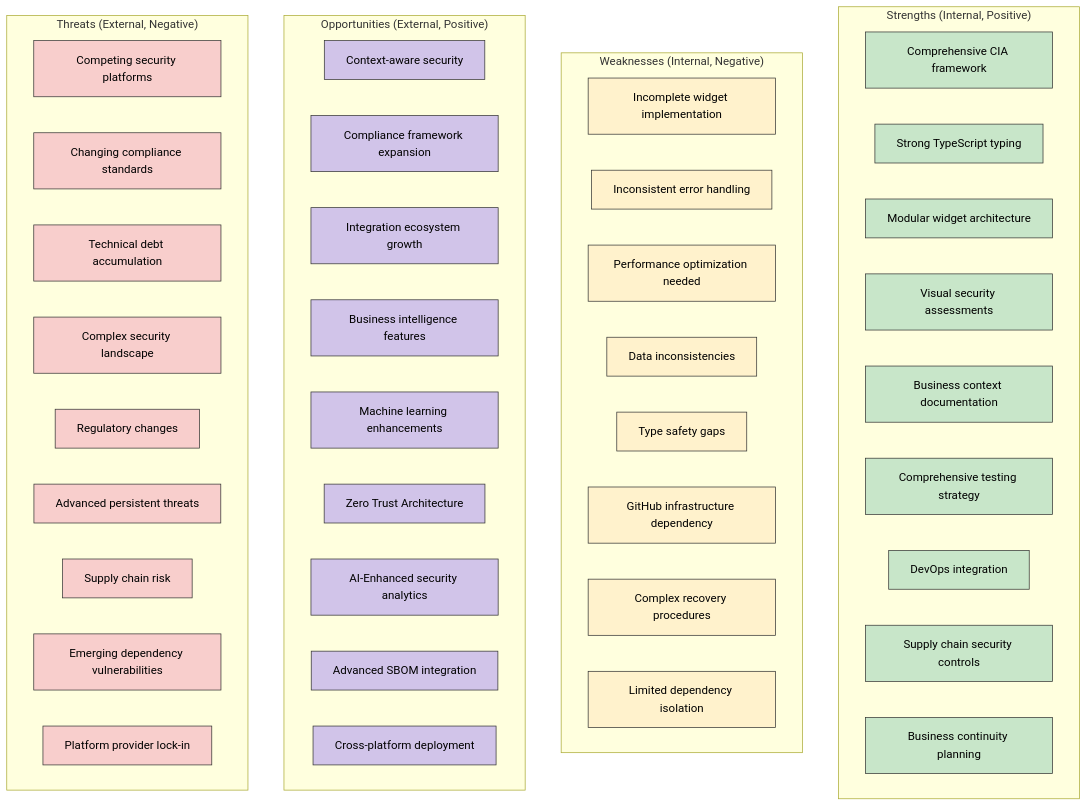
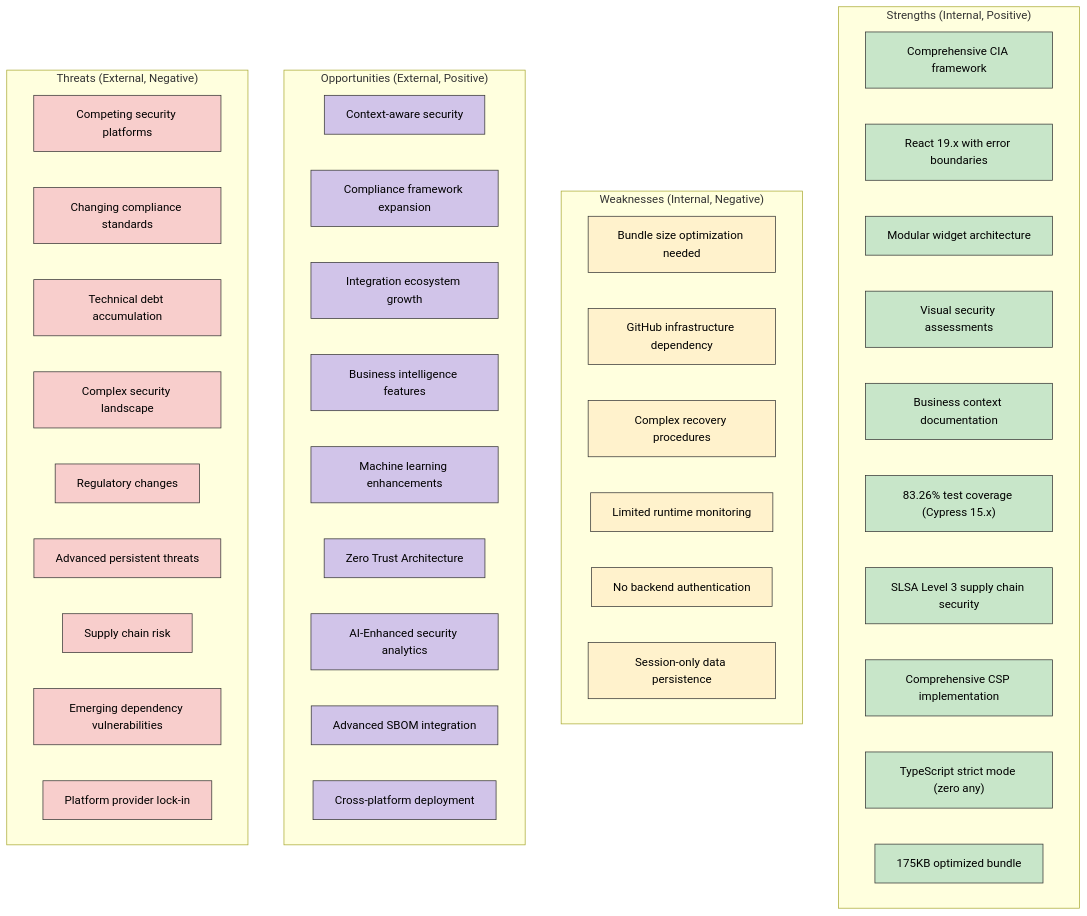
One commit to Hack23/cia-compliance-manager changed the second of 6 diagrams in docs/architecture/SWOT.md. Above: the diagram before and after it, drawn with Mermaid. The commit also changed other lines of this file and 3 other files, not shown here.

First line of the commit message:
docs: Update security documentation for v1.0 with React 19.x, Cypress 15.x, SLSA Level 3, CSP, and strategic analysis (#717)

````diff
--- a/docs/architecture/SWOT.md
+++ b/docs/architecture/SWOT.md
@@ -109,60 +108,59 @@
 ```mermaid
 graph TD
     subgraph "Strengths (Internal, Positive)"
         S1["Comprehensive CIA framework"]
-        S2["Strong TypeScript typing"]
+        S2["React 19.x with error boundaries"]
         S3["Modular widget architecture"]
         S4["Visual security assessments"]
         S5["Business context documentation"]
-        S6["Comprehensive testing strategy"]
-        S7["DevOps integration"]
-        S8["Supply chain security controls"]
-        S9["Business continuity planning"]
+        S6["83.26% test coverage (Cypress 15.x)"]
+        S7["SLSA Level 3 supply chain security"]
+        S8["Comprehensive CSP implementation"]
+        S9["TypeScript strict mode (zero any)"]
+        S10["175KB optimized bundle"]
     end
 
     subgraph "Weaknesses (Internal, Negative)"
-        W1["Incomplete widget implementation"]
-        W2["Inconsistent error handling"]
-        W3["Performance optimization needed"]
-        W4["Data inconsistencies"]
-        W5["Type safety gaps"]
-        W6["GitHub infrastructure dependency"]
-        W7["Complex recovery procedures"]
-        W8["Limited dependency isolation"]
+        W1["Bundle size optimization needed"]
+        W2["GitHub infrastructure dependency"]
+        W3["Complex recovery procedures"]
+        W4["Limited runtime monitoring"]
+        W5["No backend authentication"]
+        W6["Session-only data persistence"]
     end
 
     subgraph "Opportunities (External, Positive)"
         O1["Context-aware security"]
         O2["Compliance framework expansion"]
         O3["Integration ecosystem growth"]
         O4["Business intelligence features"]
         O5["Machine learning enhancements"]
         O6["Zero Trust Architecture"]
         O7["AI-Enhanced security analytics"]
         O8["Advanced SBOM integration"]
         O9["Cross-platform deployment"]
     end
 
     subgraph "Threats (External, Negative)"
         T1["Competing security platforms"]
         T2["Changing compliance standards"]
         T3["Technical debt accumulation"]
         T4["Complex security landscape"]
         T5["Regulatory changes"]
         T6["Advanced persistent threats"]
         T7["Supply chain risk"]
         T8["Emerging dependency vulnerabilities"]
         T9["Platform provider lock-in"]
     end
 
     %% Style
     classDef strengths fill:#c8e6c9,stroke:#333,stroke-width:1px,color:black
     classDef weaknesses fill:#fff2cc,stroke:#333,stroke-width:1px,color:black
     classDef opportunities fill:#d1c4e9,stroke:#333,stroke-width:1px,color:black
     classDef threats fill:#f8cecc,stroke:#333,stroke-width:1px,color:black
 
-    class S1,S2,S3,S4,S5,S6,S7,S8,S9 strengths
-    class W1,W2,W3,W4,W5,W6,W7,W8 weaknesses
+    class S1,S2,S3,S4,S5,S6,S7,S8,S9,S10 strengths
+    class W1,W2,W3,W4,W5,W6 weaknesses
     class O1,O2,O3,O4,O5,O6,O7,O8,O9 opportunities
     class T1,T2,T3,T4,T5,T6,T7,T8,T9 threats
 ```
````
